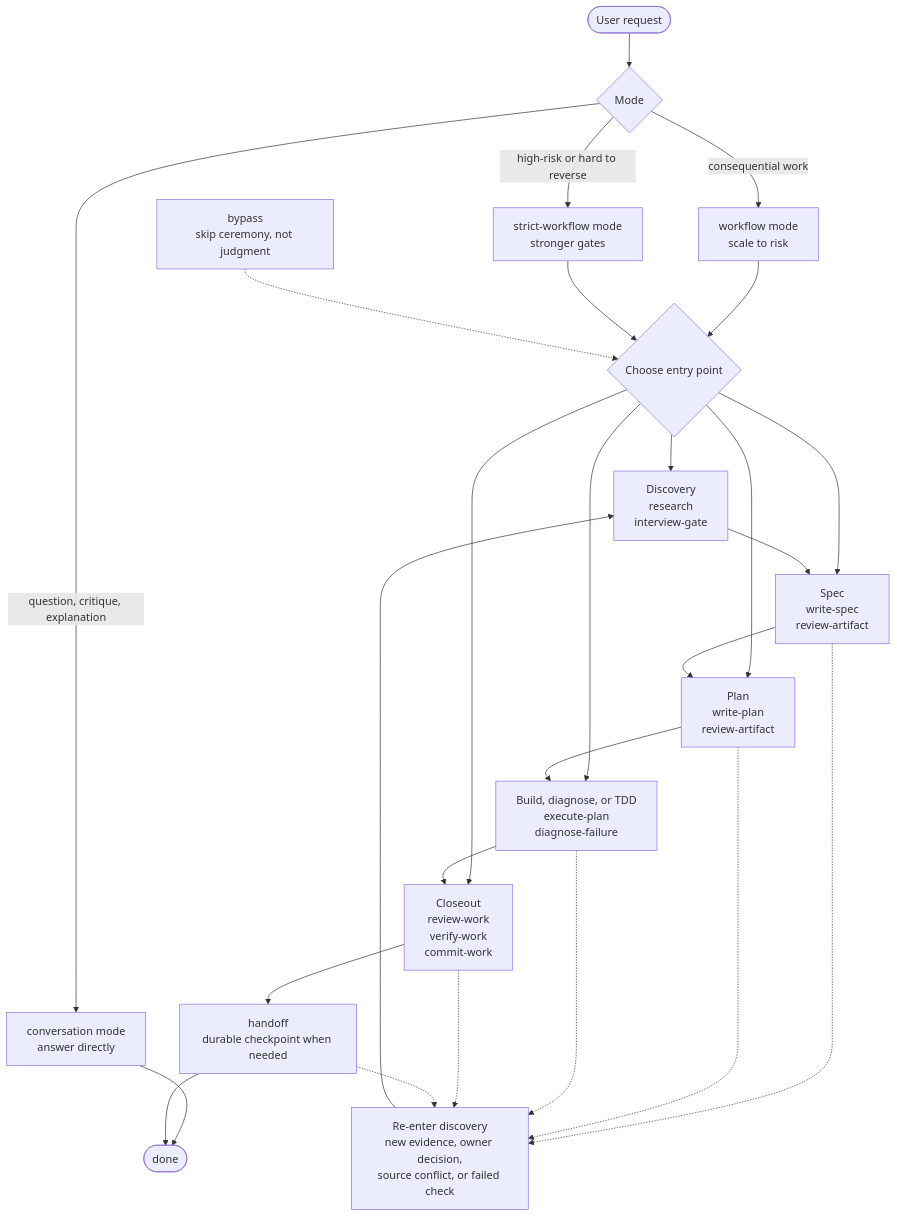
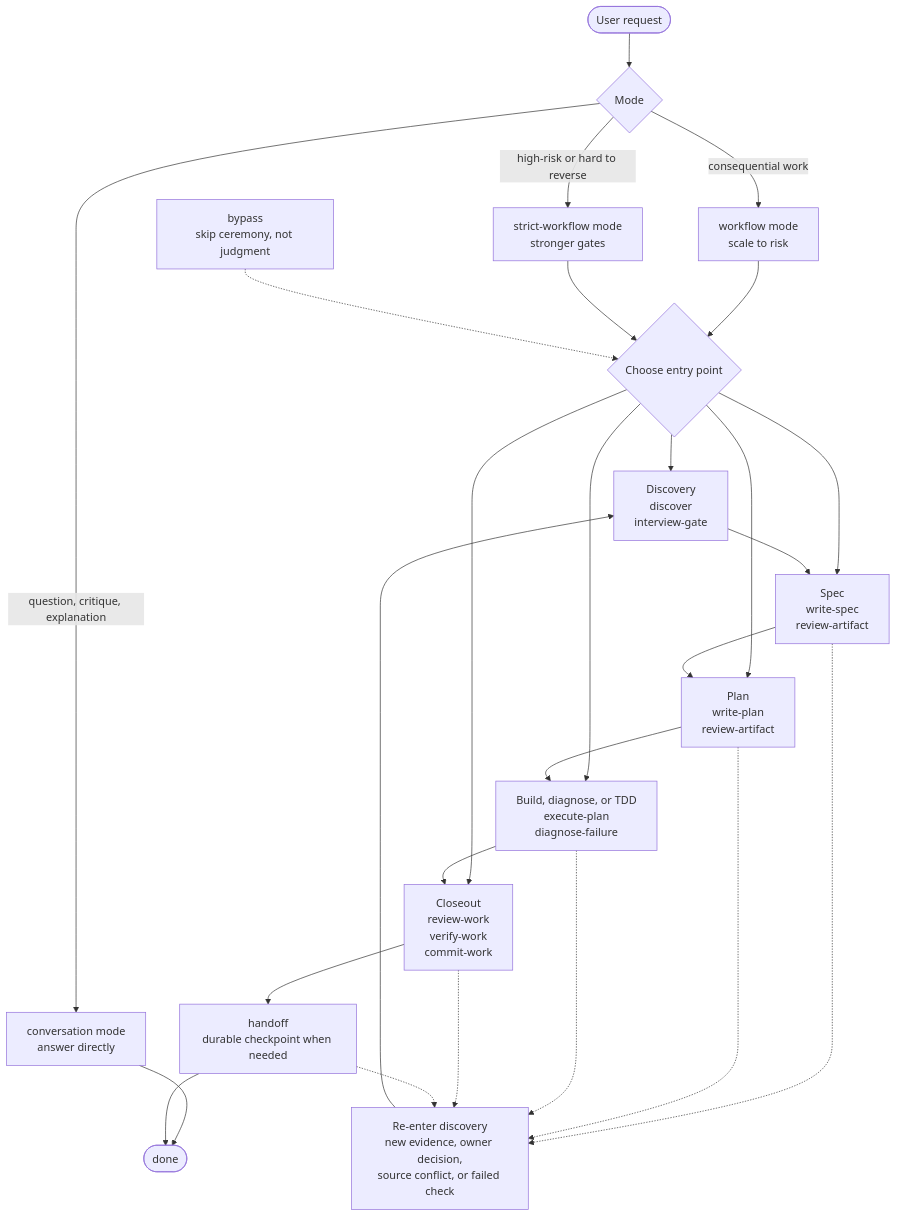
Before and after one commit to hassan-mohiddin/freeflow: the second of 2 diagrams in plugins/freeflow/skills/workflow/references/workflow-map.md, drawn with Mermaid. The commit also changed other lines of this file and 51 other files, not shown here.

````diff
--- a/plugins/freeflow/skills/workflow/references/workflow-map.md
+++ b/plugins/freeflow/skills/workflow/references/workflow-map.md
@@ -39,36 +39,36 @@
 ```mermaid
 flowchart TD
   Request([User request]) --> Mode{Mode}
 
   Mode -->|question, critique, explanation| Conversation[conversation mode<br/>answer directly]
   Conversation --> Done([done])
 
   Mode -->|consequential work| Workflow[workflow mode<br/>scale to risk]
   Mode -->|high-risk or hard to reverse| Strict[strict-workflow mode<br/>stronger gates]
 
   Workflow --> Entry{Choose entry point}
   Strict --> Entry
 
-  Entry --> Discovery[Discovery<br/>research<br/>interview-gate]
+  Entry --> Discovery[Discovery<br/>discover<br/>interview-gate]
   Entry --> Spec[Spec<br/>write-spec<br/>review-artifact]
   Entry --> Plan[Plan<br/>write-plan<br/>review-artifact]
   Entry --> Build[Build, diagnose, or TDD<br/>execute-plan<br/>diagnose-failure]
   Entry --> Closeout[Closeout<br/>review-work<br/>verify-work<br/>commit-work]
 
   Discovery --> Spec
   Spec --> Plan
   Plan --> Build
   Build --> Closeout
   Closeout --> Handoff[handoff<br/>durable checkpoint when needed]
   Handoff --> Done
 
   Reenter[Re-enter discovery<br/>new evidence, owner decision,<br/>source conflict, or failed check]
   Spec -.-> Reenter
   Plan -.-> Reenter
   Build -.-> Reenter
   Closeout -.-> Reenter
   Handoff -.-> Reenter
   Reenter --> Discovery
 
   Bypass[bypass<br/>skip ceremony, not judgment] -.-> Entry
 ```
````
